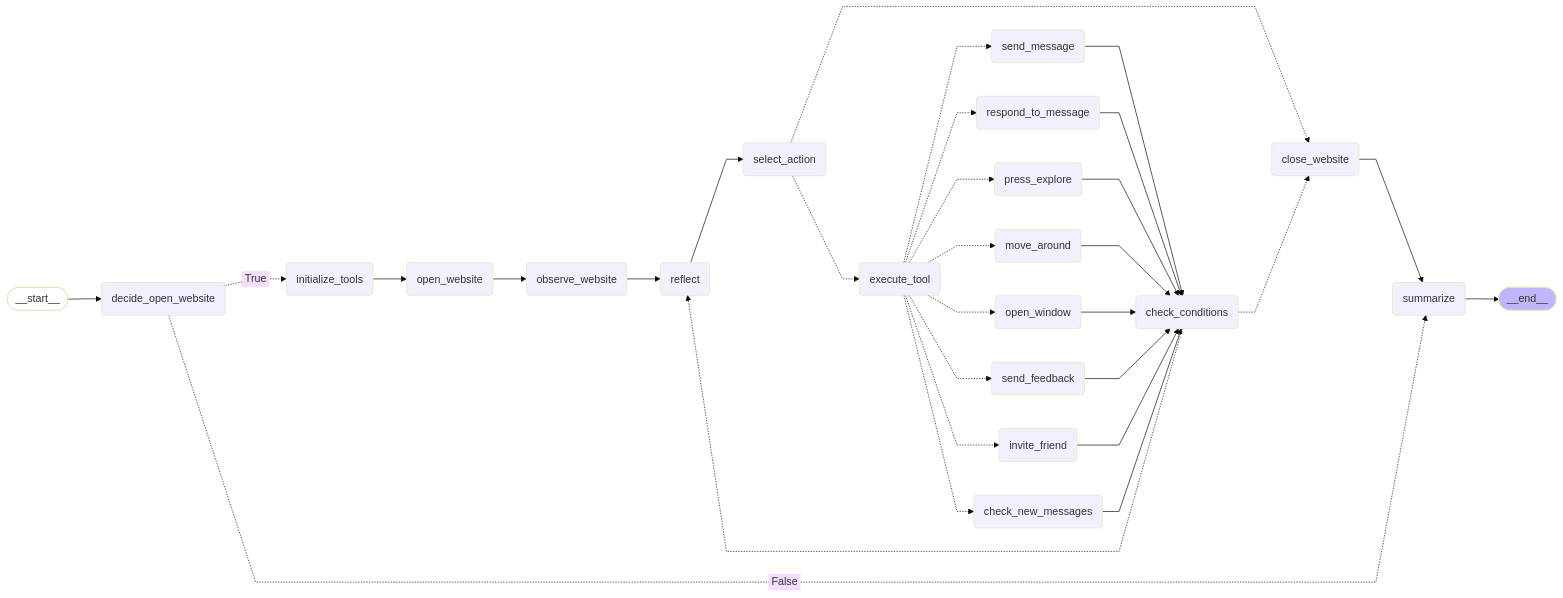
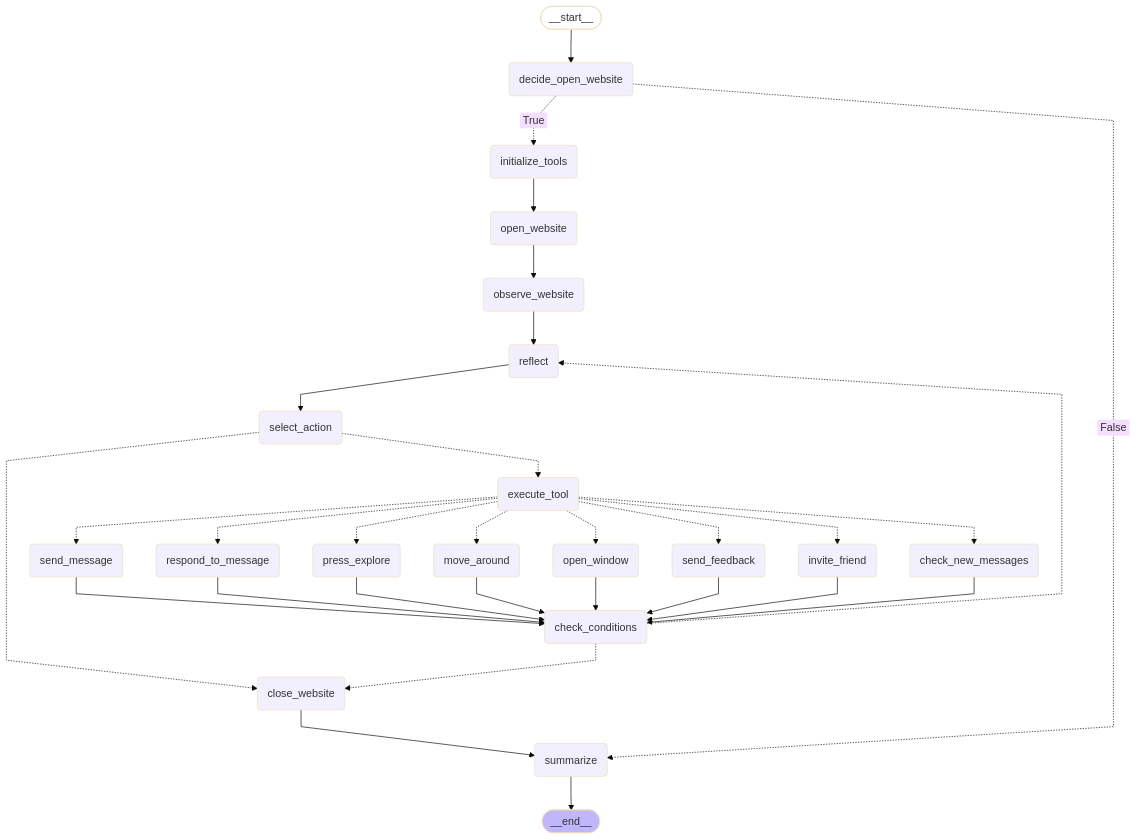
Before and after one commit to udsey/void-walker: the diagram in README.md, drawn with Mermaid (base theme). The commit also changed other lines of this file, not shown here.

````diff
--- a/README.md
+++ b/README.md
@@ -182,61 +182,61 @@
 ```mermaid
 ---
 config:
   flowchart:
     curve: linear
 ---
-graph LR;
+graph TD;
     __start__([<p>__start__</p>]):::first
 check_conditions(check_conditions)
 close_website(close_website)
 decide_open_website(decide_open_website)
 execute_tool(execute_tool)
 initialize_tools(initialize_tools)
 observe_website(observe_website)
 open_website(open_website)
 reflect(reflect)
 select_action(select_action)
 summarize(summarize)
 send_message(send_message)
 respond_to_message(respond_to_message)
 press_explore(press_explore)
 move_around(move_around)
 open_window(open_window)
 send_feedback(send_feedback)
 invite_friend(invite_friend)
 check_new_messages(check_new_messages)
     __end__([<p>__end__</p>]):::last
     __start__ --> decide_open_website;
 check_conditions -.-> close_website;
 check_conditions -.-> reflect;
 close_website --> summarize;
 decide_open_website -. &nbsp;True&nbsp; .-> initialize_tools;
 decide_open_website -. &nbsp;False&nbsp; .-> summarize;
 execute_tool -.-> send_message;
 execute_tool -.-> respond_to_message;
 execute_tool -.-> press_explore;
 execute_tool -.-> move_around;
 execute_tool -.-> open_window;
 execute_tool -.-> send_feedback;
 execute_tool -.-> invite_friend;
 execute_tool -.-> check_new_messages;
 send_message --> check_conditions;
 respond_to_message --> check_conditions;
 press_explore --> check_conditions;
 move_around --> check_conditions;
 open_window --> check_conditions;
 send_feedback --> check_conditions;
 invite_friend --> check_conditions;
 check_new_messages --> check_conditions;
 initialize_tools --> open_website;
 observe_website --> reflect;
 open_website --> observe_website;
 reflect --> select_action;
 select_action -.-> close_website;
 select_action -.-> execute_tool;
 summarize --> __end__;
 classDef default fill:#f2f0ff,line-height:1.2
 classDef first fill-opacity:0
 classDef last fill:#bfb6fc
 
 ```
````
